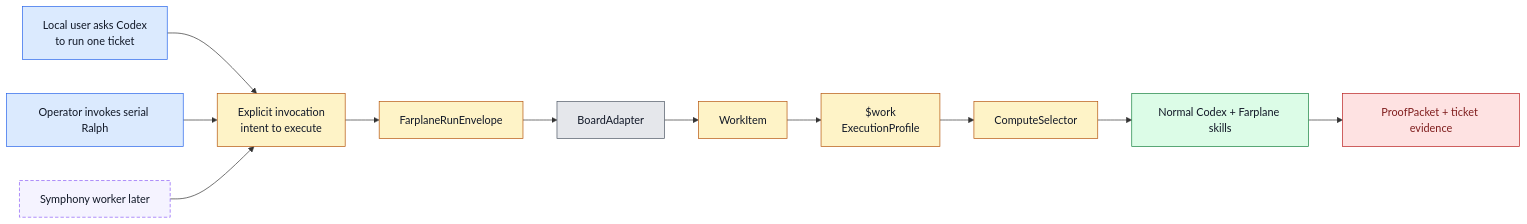
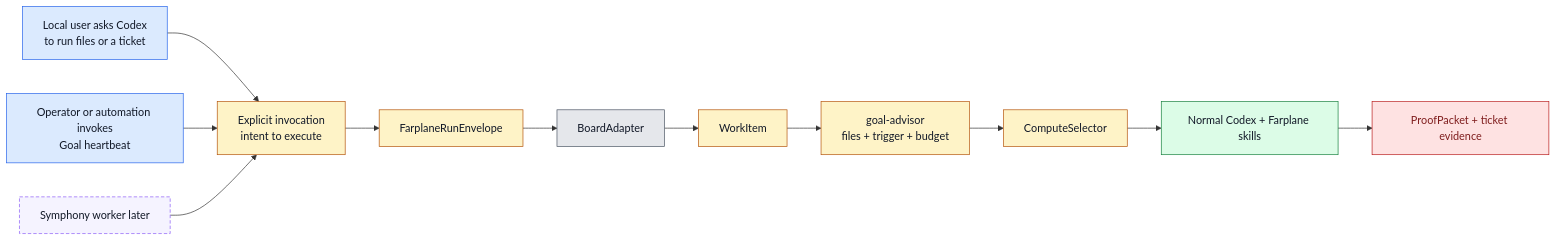
The first of 4 diagrams in docs/specs/invocation-and-adapters.md (ZanarkandTechnologies/Farplane), drawn with Mermaid before and after one commit. The commit also changed other lines of this file and 36 other files, not shown here.

Commit message:
Promote goal advisor execution compiler

````diff
--- a/docs/specs/invocation-and-adapters.md
+++ b/docs/specs/invocation-and-adapters.md
@@ -111,20 +113,20 @@
 ```mermaid
 flowchart LR
   classDef local fill:#dbeafe,stroke:#2563eb,color:#111827
   classDef board fill:#e5e7eb,stroke:#4b5563,color:#111827
   classDef policy fill:#fef3c7,stroke:#b45309,color:#111827
   classDef compute fill:#dcfce7,stroke:#15803d,color:#111827
   classDef proof fill:#fee2e2,stroke:#b91c1c,color:#7f1d1d
   classDef future fill:#f5f3ff,stroke:#8b5cf6,color:#111827,stroke-dasharray: 5 3
 
-  User["Local user asks Codex<br/>to run one ticket"]:::local --> Invoke["Explicit invocation<br/>intent to execute"]:::policy
-  Ralph["Operator invokes serial Ralph"]:::local --> Invoke
+  User["Local user asks Codex<br/>to run files or a ticket"]:::local --> Invoke["Explicit invocation<br/>intent to execute"]:::policy
+  Heartbeat["Operator or automation invokes<br/>Goal heartbeat"]:::local --> Invoke
   Symphony["Symphony worker later"]:::future --> Invoke
   Invoke --> Envelope["FarplaneRunEnvelope"]:::policy
   Envelope --> Adapter["BoardAdapter"]:::board
   Adapter --> Item["WorkItem"]:::policy
-  Item --> Work["$work<br/>ExecutionProfile"]:::policy
-  Work --> Selector["ComputeSelector"]:::policy
+  Item --> GoalAdvisor["goal-advisor<br/>files + trigger + budget"]:::policy
+  GoalAdvisor --> Selector["ComputeSelector"]:::policy
   Selector --> Codex["Normal Codex + Farplane skills"]:::compute
   Codex --> Proof["ProofPacket + ticket evidence"]:::proof
 ```
````
